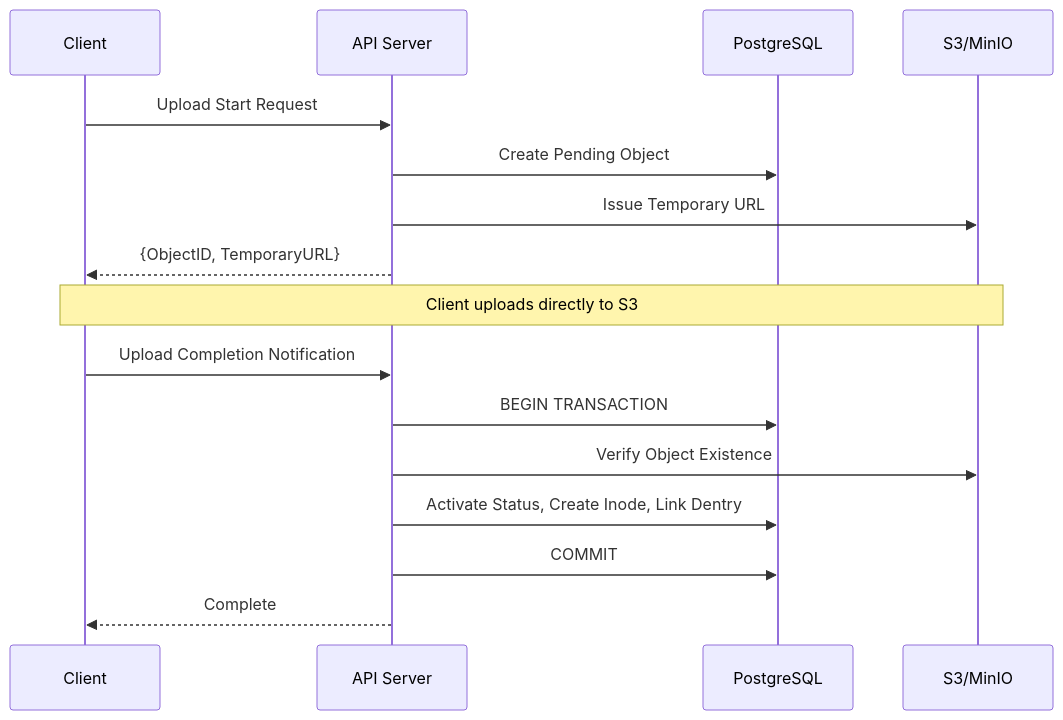
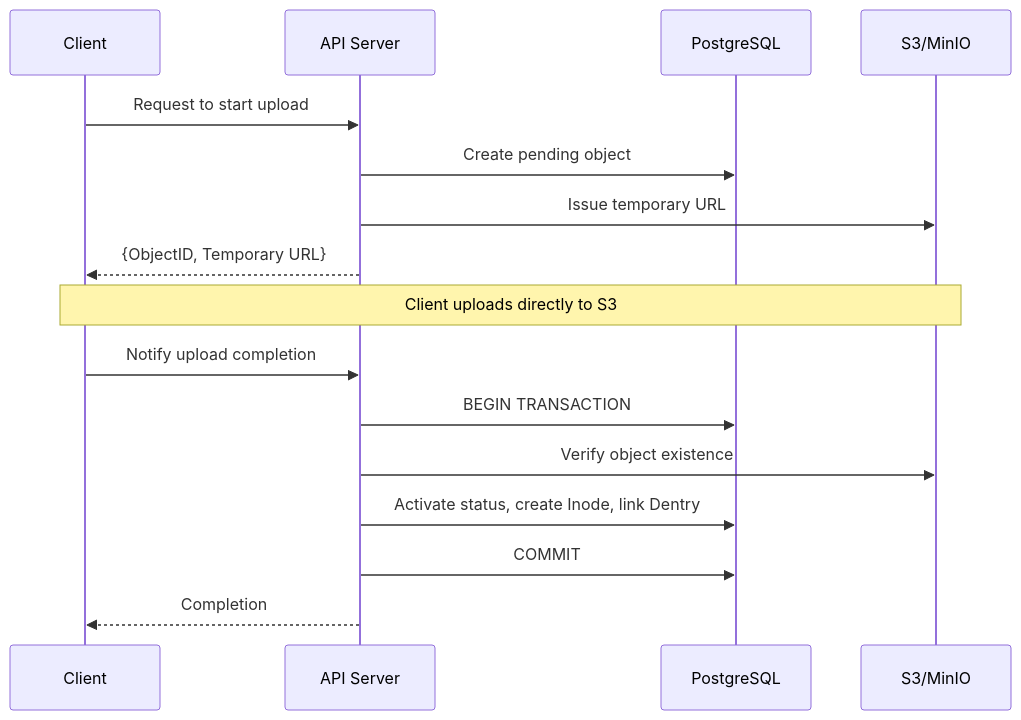
One commit to mandacode-labs/mandacode-devs changed the second of 2 diagrams in src/content/blog/en/retrowin-deep-dive.md. Above: the diagram before and after it, drawn with Mermaid. The commit also changed other lines of this file and 30 other files, not shown here.

````diff
--- a/src/content/blog/en/retrowin-deep-dive.md
+++ b/src/content/blog/en/retrowin-deep-dive.md
@@ -47,21 +47,21 @@
 ```mermaid
 sequenceDiagram
     participant Client as Client
     participant API as API Server
     participant DB as PostgreSQL
     participant S3 as S3/MinIO
 
-    Client->>API: Upload Start Request
-    API->>DB: Create Pending Object
-    API->>S3: Issue Temporary URL
-    API-->>Client: {ObjectID, TemporaryURL}
+    Client->>API: Request to start upload
+    API->>DB: Create pending object
+    API->>S3: Issue temporary URL
+    API-->>Client: {ObjectID, Temporary URL}
 
     Note over Client,S3: Client uploads directly to S3
 
-    Client->>API: Upload Completion Notification
+    Client->>API: Notify upload completion
     API->>DB: BEGIN TRANSACTION
-    API->>S3: Verify Object Existence
-    API->>DB: Activate Status, Create Inode, Link Dentry
+    API->>S3: Verify object existence
+    API->>DB: Activate status, create Inode, link Dentry
     API->>DB: COMMIT
-    API-->>Client: Complete
+    API-->>Client: Completion
 ```
````
